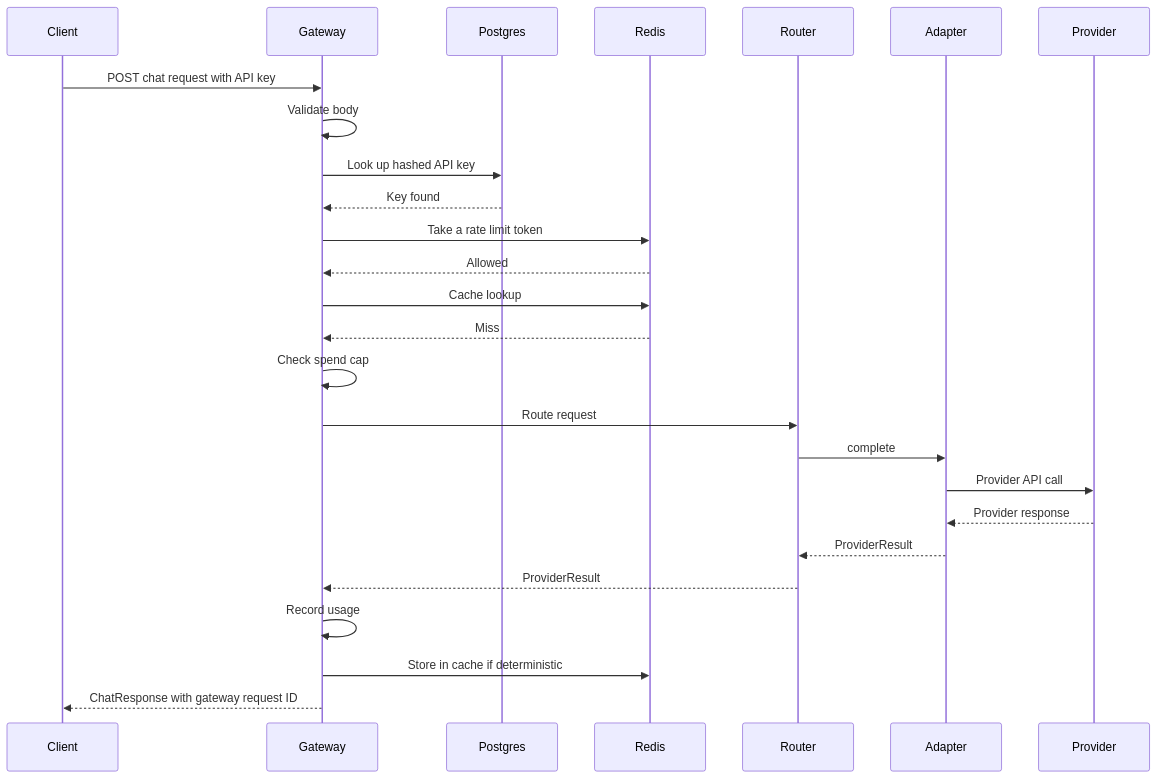
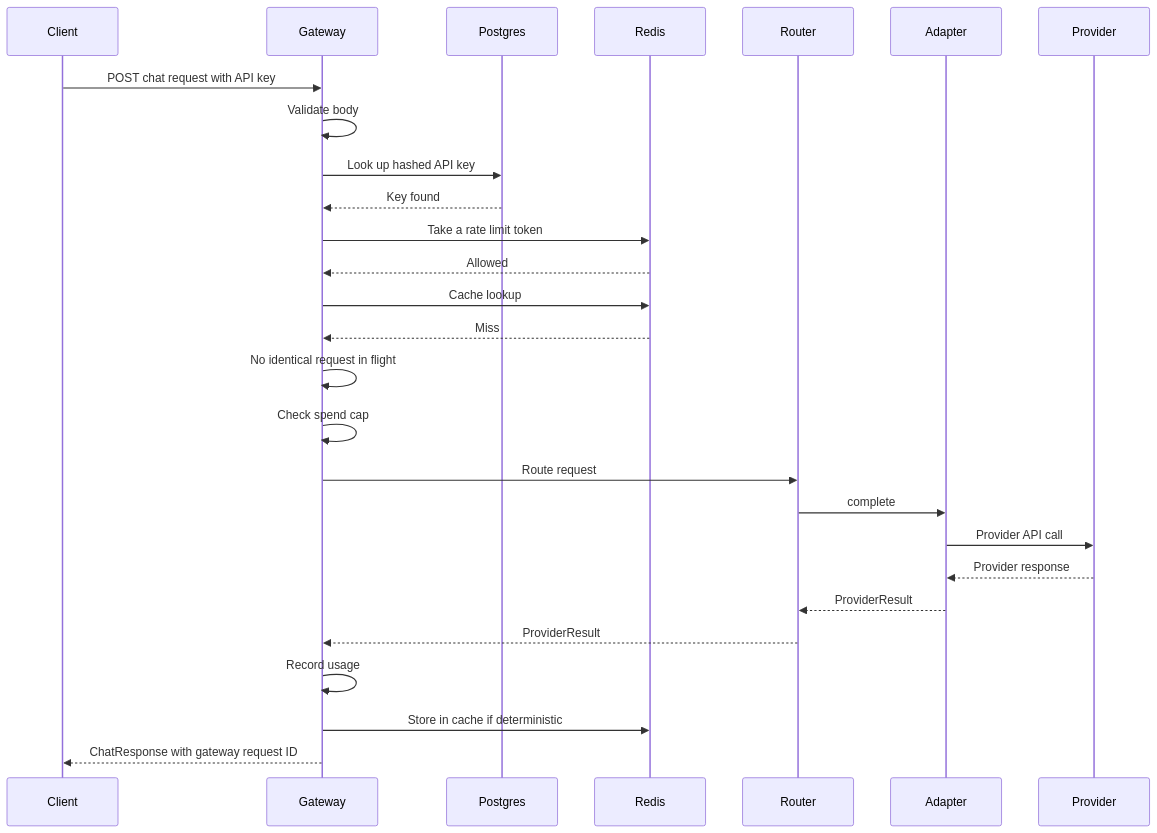
One commit to Jasmeet-011/LLMGateway changed the fifth of 5 diagrams in FLOW.md. Above: the diagram before and after it, drawn with Mermaid. The commit also changed other lines of this file and 2 other files, not shown here.

First line of the commit message:
Record check order as D-018 and refine FLOW.md request flow

````diff
--- a/FLOW.md
+++ b/FLOW.md
@@ -140,28 +145,29 @@
 ```mermaid
 sequenceDiagram
     participant C as Client
     participant G as Gateway
     participant P as Postgres
     participant R as Redis
     participant RT as Router
     participant A as Adapter
     participant LLM as Provider
     C->>G: POST chat request with API key
     G->>G: Validate body
     G->>P: Look up hashed API key
     P-->>G: Key found
     G->>R: Take a rate limit token
     R-->>G: Allowed
     G->>R: Cache lookup
     R-->>G: Miss
+    G->>G: No identical request in flight
     G->>G: Check spend cap
     G->>RT: Route request
     RT->>A: complete
     A->>LLM: Provider API call
     LLM-->>A: Provider response
     A-->>RT: ProviderResult
     RT-->>G: ProviderResult
     G->>G: Record usage
     G->>R: Store in cache if deterministic
     G-->>C: ChatResponse with gateway request ID
 ```
````
